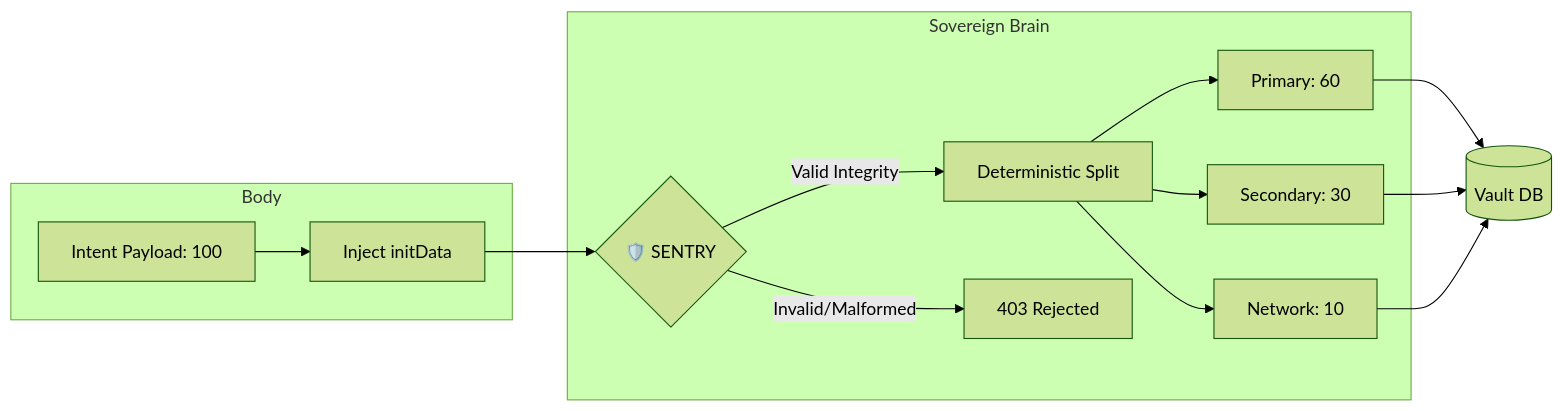
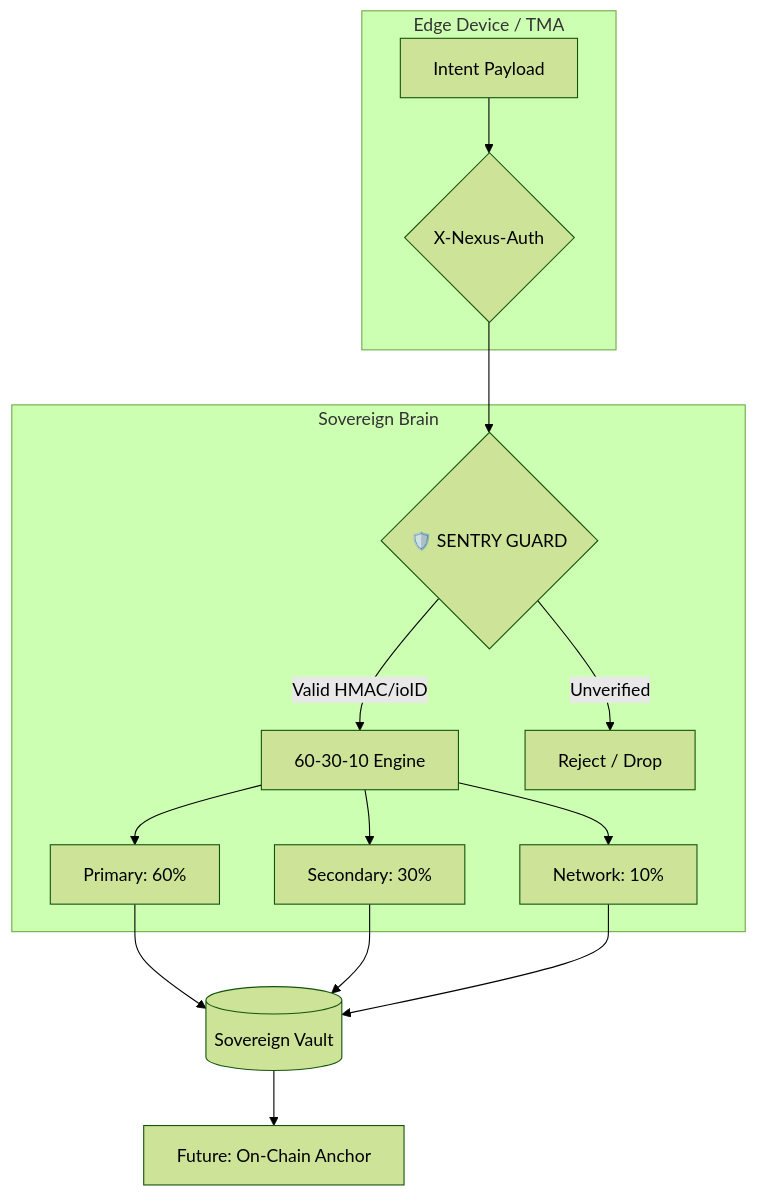
One commit to arhantbarmate/nexus-core changed the diagram in docs/ECONOMICS.md. Above: the diagram before and after it, drawn with Mermaid (forest theme). The commit also changed other lines of this file, not shown here.

````diff
--- a/docs/ECONOMICS.md
+++ b/docs/ECONOMICS.md
@@ -47,19 +36,20 @@
 ```mermaid
-graph LR
-    subgraph Client_Environment [Body]
-        A[Intent Payload: 100] --> B[Inject initData]
+graph TD
+    subgraph Client [Edge Device / TMA]
+        A[Intent Payload] --> B{X-Nexus-Auth}
     end
 
-    B --> C{🛡️ SENTRY}
+    B --> C{🛡️ SENTRY GUARD}
 
-    subgraph Brain_Perimeter [Sovereign Brain]
-        C -->|Valid Integrity| D[Deterministic Split]
-        C -->|Invalid/Malformed| E[403 Rejected]
+    subgraph Logic [Sovereign Brain]
+        C -->|Valid HMAC/ioID| D[60-30-10 Engine]
+        C -->|Unverified| E[Reject / Drop]
         
-        D --> F[Primary: 60]
-        D --> G[Secondary: 30]
-        D --> H[Network: 10]
+        D --> F[Primary: 60%]
+        D --> G[Secondary: 30%]
+        D --> H[Network: 10%]
     end
 
-    F & G & H --> I[(Vault DB)]
+    F & G & H --> I[(Sovereign Vault)]
+    I --> J[Future: On-Chain Anchor]
 ```
````
